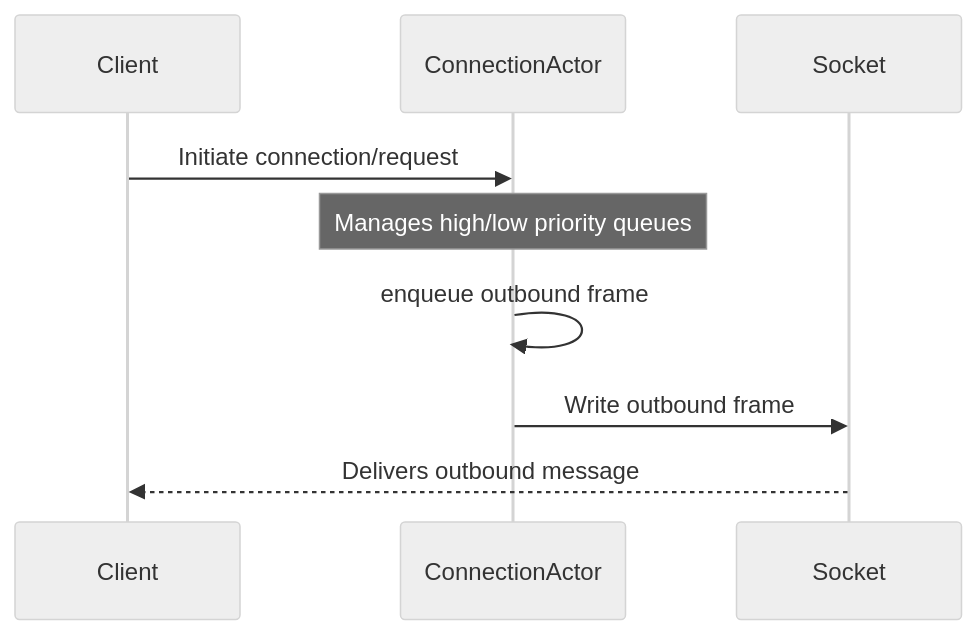
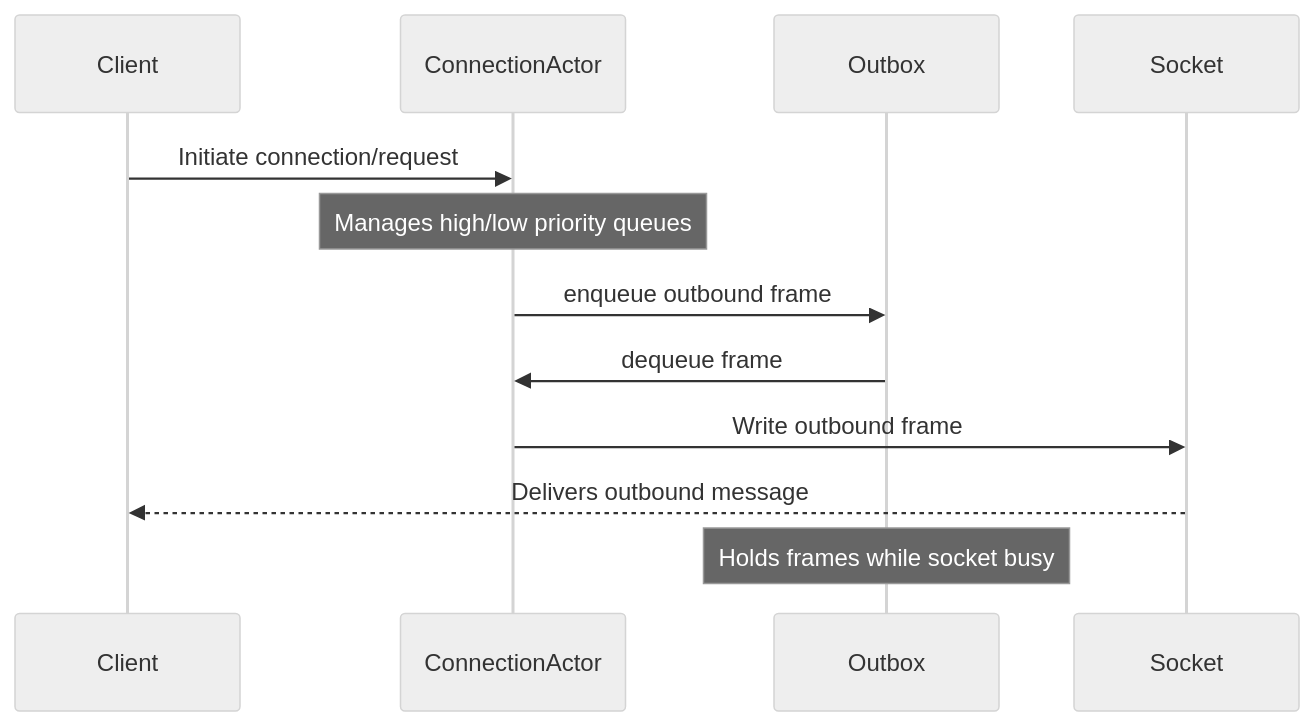
One commit to leynos/wireframe changed the second of 7 diagrams in docs/asynchronous-outbound-messaging-design.md. Above: the diagram before and after it, drawn with Mermaid (neutral theme). The commit also changed other lines of this file, not shown here.

Commit message:
Clarify connection actor diagrams

````diff
--- a/docs/asynchronous-outbound-messaging-design.md
+++ b/docs/asynchronous-outbound-messaging-design.md
@@ -163,12 +164,15 @@
 ```mermaid
 sequenceDiagram
     participant Client
     participant ConnectionActor
+    participant Outbox
     participant Socket
 
     Client->>ConnectionActor: Initiate connection/request
     Note over ConnectionActor: Manages high/low priority queues
-    ConnectionActor->>ConnectionActor: enqueue outbound frame
+    ConnectionActor->>Outbox: enqueue outbound frame
+    Outbox->>ConnectionActor: dequeue frame
     ConnectionActor->>Socket: Write outbound frame
     Socket-->>Client: Delivers outbound message
+    Note over Outbox: Holds frames while socket busy
 ```
````
